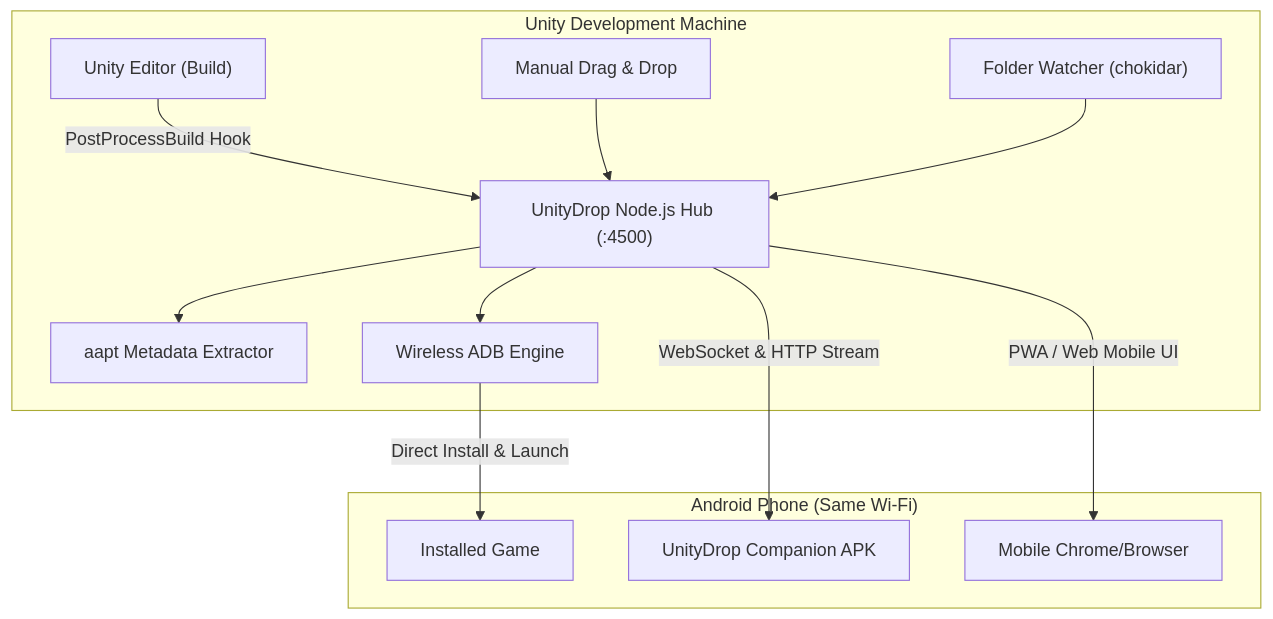
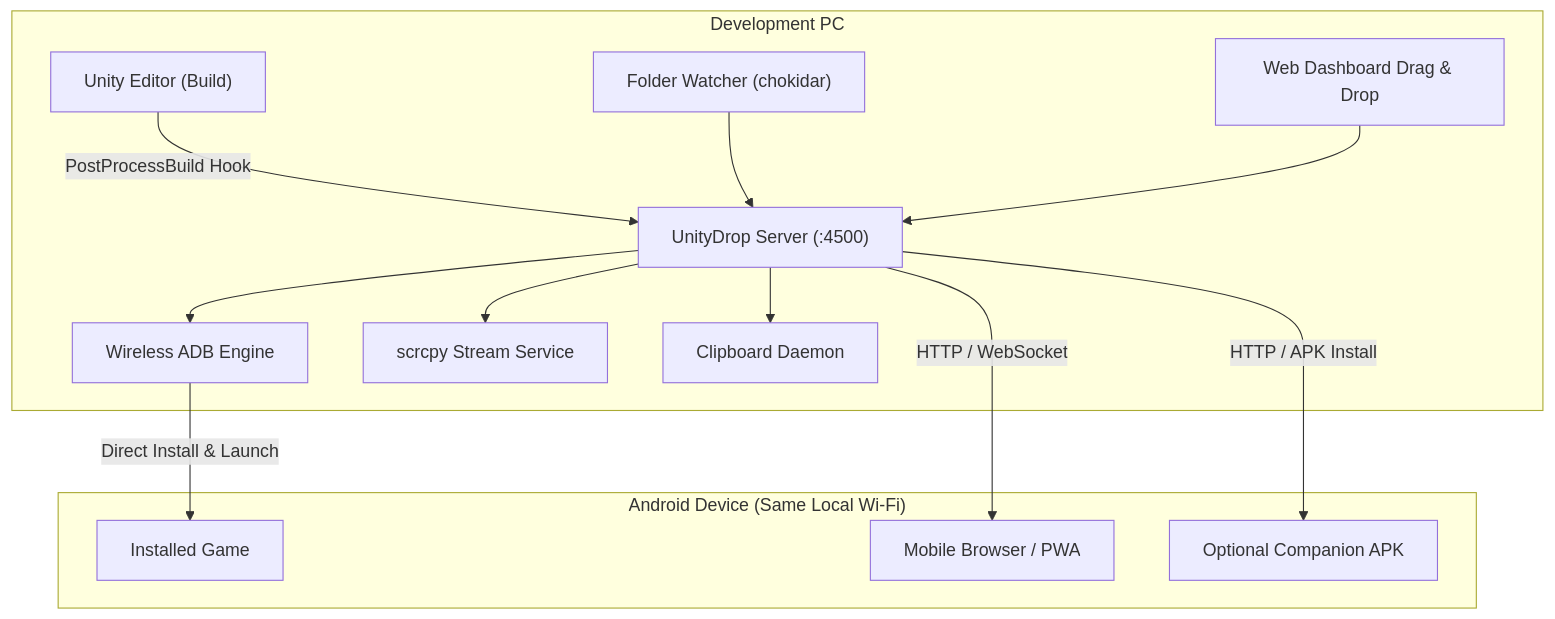
The diagram in README.md (b3rq/BRQ-Transfer), drawn with Mermaid before and after one commit. The commit also changed other lines of this file and 11 other files, not shown here.

````diff
--- a/README.md
+++ b/README.md
@@ -91,16 +109,17 @@
 ```mermaid
 flowchart TD
-    subgraph UnityDev["Unity Development Machine"]
-        Editor["Unity Editor (Build)"] -->|PostProcessBuild Hook| Server["UnityDrop Node.js Hub (:4500)"]
-        Drop["Manual Drag & Drop"] --> Server
-        FolderWatcher["Folder Watcher (chokidar)"] --> Server
-        Server --> AAPT["aapt Metadata Extractor"]
+    subgraph PC["Development PC"]
+        Unity["Unity Editor (Build)"] -->|PostProcessBuild Hook| Server["UnityDrop Server (:4500)"]
+        Watcher["Folder Watcher (chokidar)"] --> Server
+        Manual["Web Dashboard Drag & Drop"] --> Server
         Server --> ADB["Wireless ADB Engine"]
+        Server --> Scrcpy["scrcpy Stream Service"]
+        Server --> Clip["Clipboard Daemon"]
     end
 
-    subgraph Phone["Android Phone (Same Wi-Fi)"]
-        ADB -->|Direct Install & Launch| GameApp["Installed Game"]
-        Server -->|WebSocket & HTTP Stream| CompanionApp["UnityDrop Companion APK"]
-        Server -->|PWA / Web Mobile UI| Browser["Mobile Chrome/Browser"]
+    subgraph Mobile["Android Device (Same Local Wi-Fi)"]
+        ADB -->|Direct Install & Launch| Game["Installed Game"]
+        Server -->|HTTP / WebSocket| MobileWeb["Mobile Browser / PWA"]
+        Server -->|HTTP / APK Install| Companion["Optional Companion APK"]
     end
 ```
````
